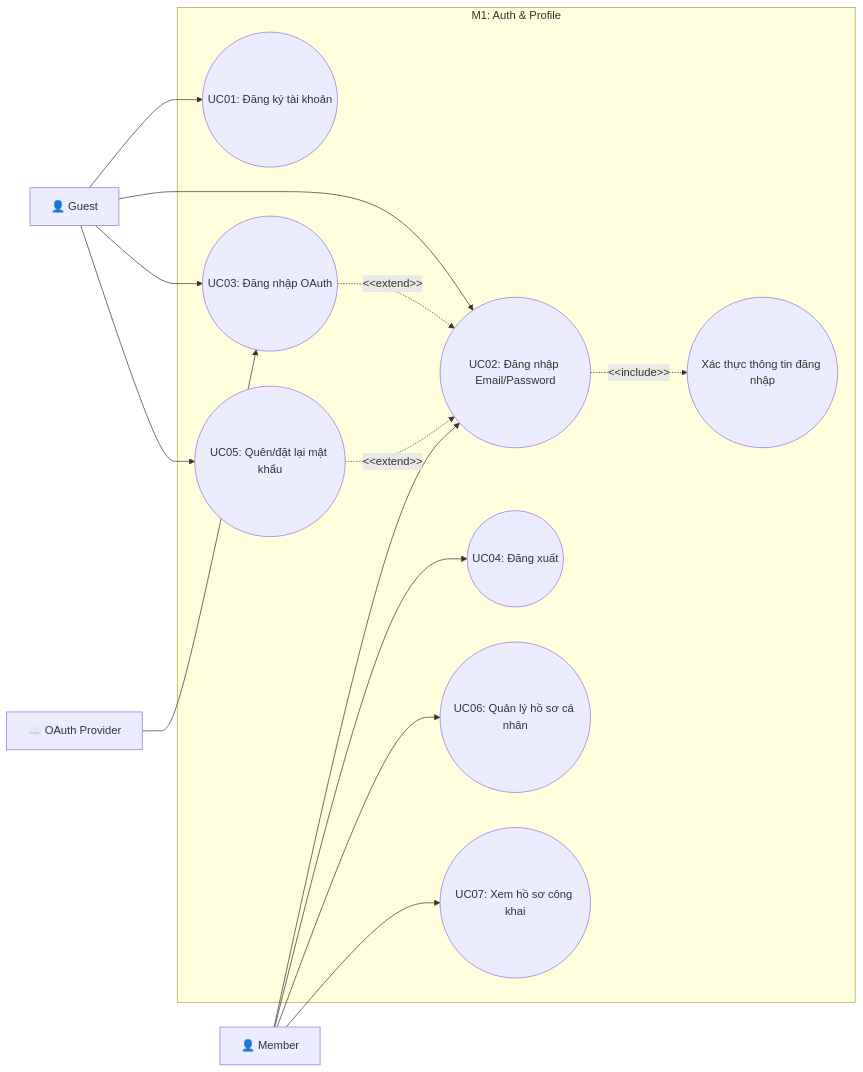
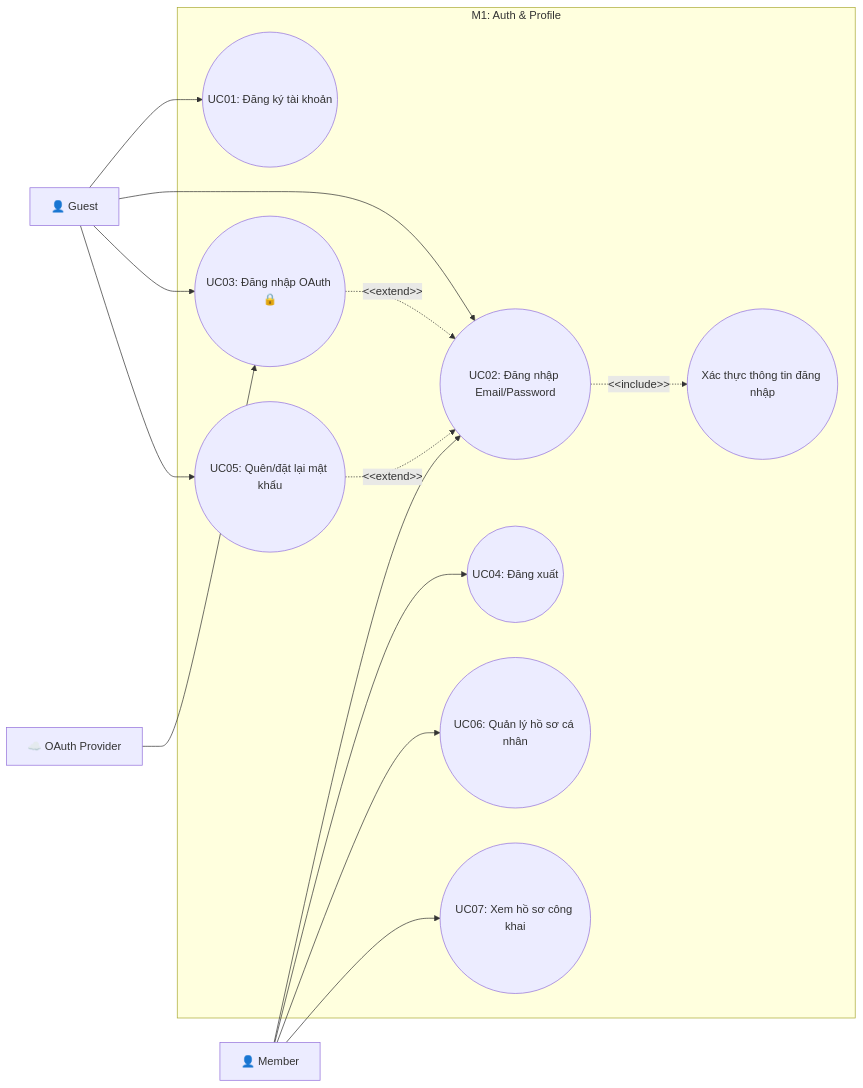
Before and after one commit to vuthuonghai-steve/KLTN-By_Thuong_Hai-Steve: the diagram in Docs/life-2/diagrams/UseCase/use-case-m1-auth-profile.md, drawn with Mermaid. The commit also changed other lines of this file and 6 other files, not shown here.

Commit message:
lock Đăng nhập OAuth (Google)

````diff
--- a/Docs/life-2/diagrams/UseCase/use-case-m1-auth-profile.md
+++ b/Docs/life-2/diagrams/UseCase/use-case-m1-auth-profile.md
@@ -22,33 +22,33 @@
 ```mermaid
 flowchart LR
     Guest["👤 Guest"]
     Member["👤 Member"]
     OAuth["☁️ OAuth Provider"]
 
     subgraph M1["M1: Auth & Profile"]
         UC01((UC01: Đăng ký tài khoản))
         UC02((UC02: Đăng nhập Email/Password))
-        UC03((UC03: Đăng nhập OAuth))
+        UC03((UC03: Đăng nhập OAuth 🔒))
         UC04((UC04: Đăng xuất))
         UC05((UC05: Quên/đặt lại mật khẩu))
         UC06((UC06: Quản lý hồ sơ cá nhân))
         UC07((UC07: Xem hồ sơ công khai))
         UCI01((Xác thực thông tin đăng nhập))
     end
 
     Guest --> UC01
     Guest --> UC02
     Guest --> UC03
     Guest --> UC05
 
     Member --> UC02
     Member --> UC04
     Member --> UC06
     Member --> UC07
 
     OAuth --> UC03
 
     UC02 -.->|&lt;&lt;include&gt;&gt;| UCI01
     UC05 -.->|&lt;&lt;extend&gt;&gt;| UC02
     UC03 -.->|&lt;&lt;extend&gt;&gt;| UC02
 ```
````
